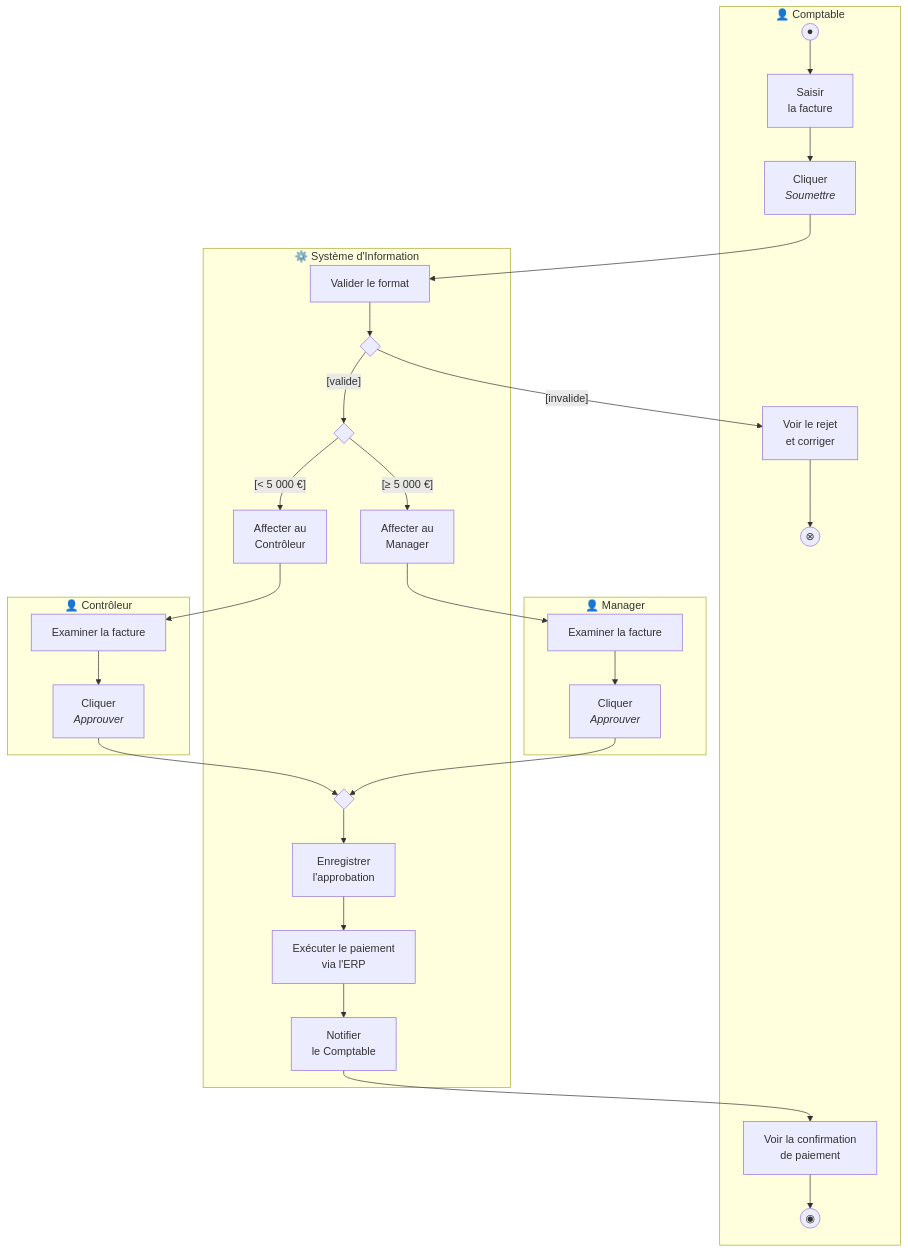
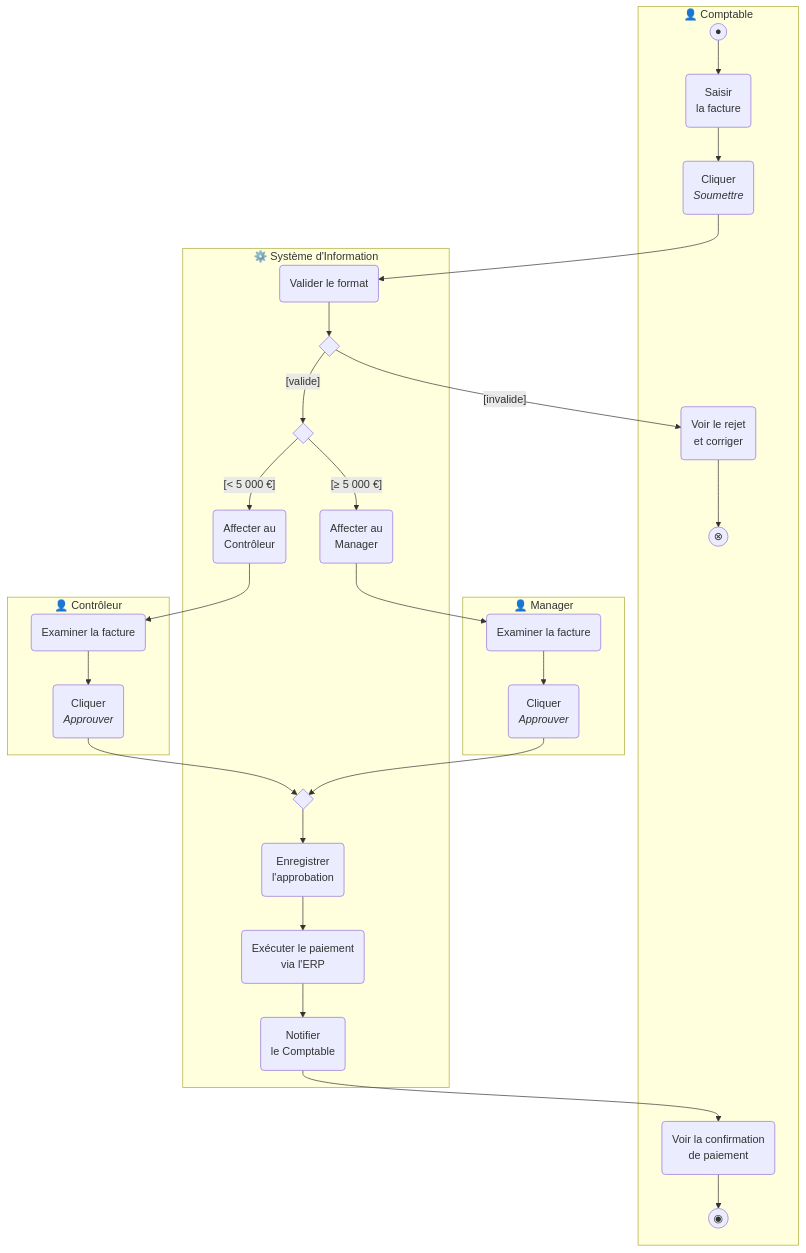
One commit to MATBMS/study-case-training changed the fourth of 11 diagrams in UML/solutions/UML Activity Solutions.md. Above: the diagram before and after it, drawn with Mermaid. The commit also changed other lines of this file and 12 other files, not shown here.

````diff
--- a/UML/solutions/UML Activity Solutions.md
+++ b/UML/solutions/UML Activity Solutions.md
@@ -70,31 +142,31 @@
 ```mermaid
 flowchart TB
     subgraph CPT ["👤 Comptable"]
-        I(("●")) --> A["Saisir<br/>la facture"]
-        A --> B["Cliquer<br/><i>Soumettre</i>"]
-        REJ["Voir le rejet<br/>et corriger"] --> FF(("⊗"))
-        FIN["Voir la confirmation<br/>de paiement"] --> END(("◉"))
+        I(("●")) --> A("Saisir<br/>la facture")
+        A --> B("Cliquer<br/><i>Soumettre</i>")
+        REJ("Voir le rejet<br/>et corriger") --> FF(("⊗"))
+        FIN("Voir la confirmation<br/>de paiement") --> END(("◉"))
     end
     subgraph CTR ["👤 Contrôleur"]
-        CTR1["Examiner la facture"] --> CTR2["Cliquer<br/><i>Approuver</i>"]
+        CTR1("Examiner la facture") --> CTR2("Cliquer<br/><i>Approuver</i>")
     end
     subgraph MGR ["👤 Manager"]
-        MGR1["Examiner la facture"] --> MGR2["Cliquer<br/><i>Approuver</i>"]
+        MGR1("Examiner la facture") --> MGR2("Cliquer<br/><i>Approuver</i>")
     end
     subgraph SI ["⚙️ Système d'Information"]
-        S1["Valider le format"] --> D1{" "}
+        S1("Valider le format") --> D1{" "}
         D1 -- "[valide]" --> D2{" "}
-        D2 -- "[< 5 000 €]" --> S2["Affecter au<br/>Contrôleur"]
-        D2 -- "[≥ 5 000 €]" --> S3["Affecter au<br/>Manager"]
-        M{" "} --> S4["Enregistrer<br/>l'approbation"]
-        S4 --> S5["Exécuter le paiement<br/>via l'ERP"]
-        S5 --> S6["Notifier<br/>le Comptable"]
+        D2 -- "[< 5 000 €]" --> S2("Affecter au<br/>Contrôleur")
+        D2 -- "[≥ 5 000 €]" --> S3("Affecter au<br/>Manager")
+        M{" "} --> S4("Enregistrer<br/>l'approbation")
+        S4 --> S5("Exécuter le paiement<br/>via l'ERP")
+        S5 --> S6("Notifier<br/>le Comptable")
     end
     B --> S1
     D1 -- "[invalide]" --> REJ
     S2 --> CTR1
     S3 --> MGR1
     CTR2 --> M
     MGR2 --> M
     S6 --> FIN
 ```
````
